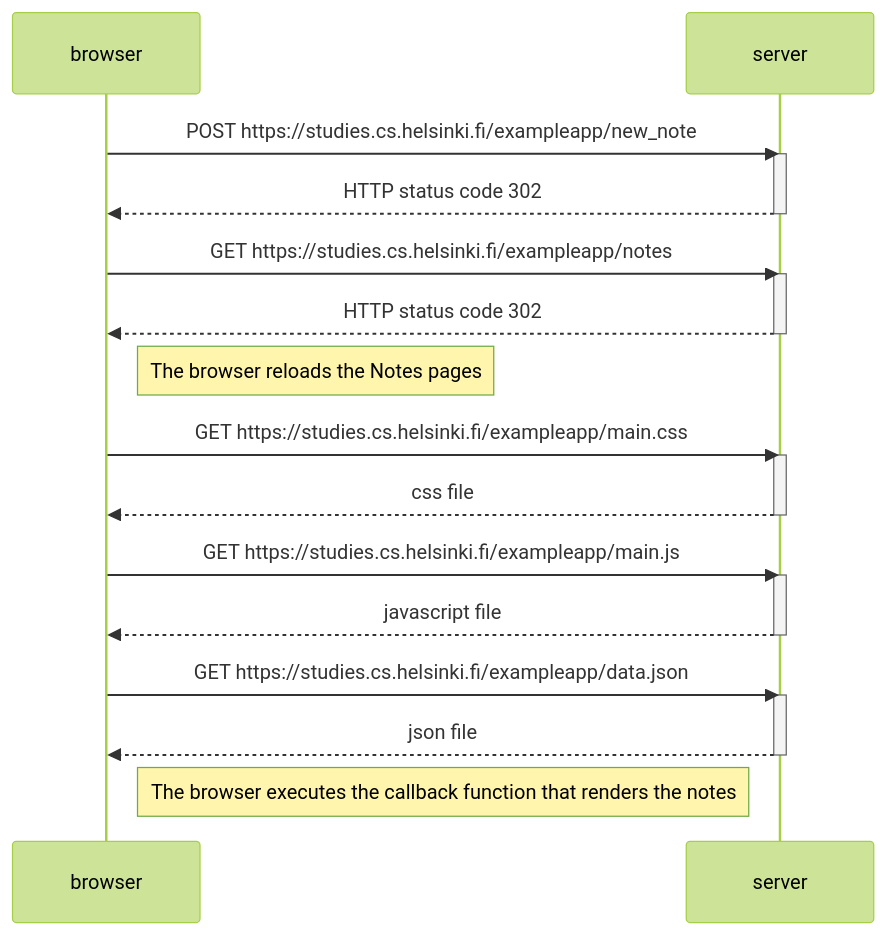
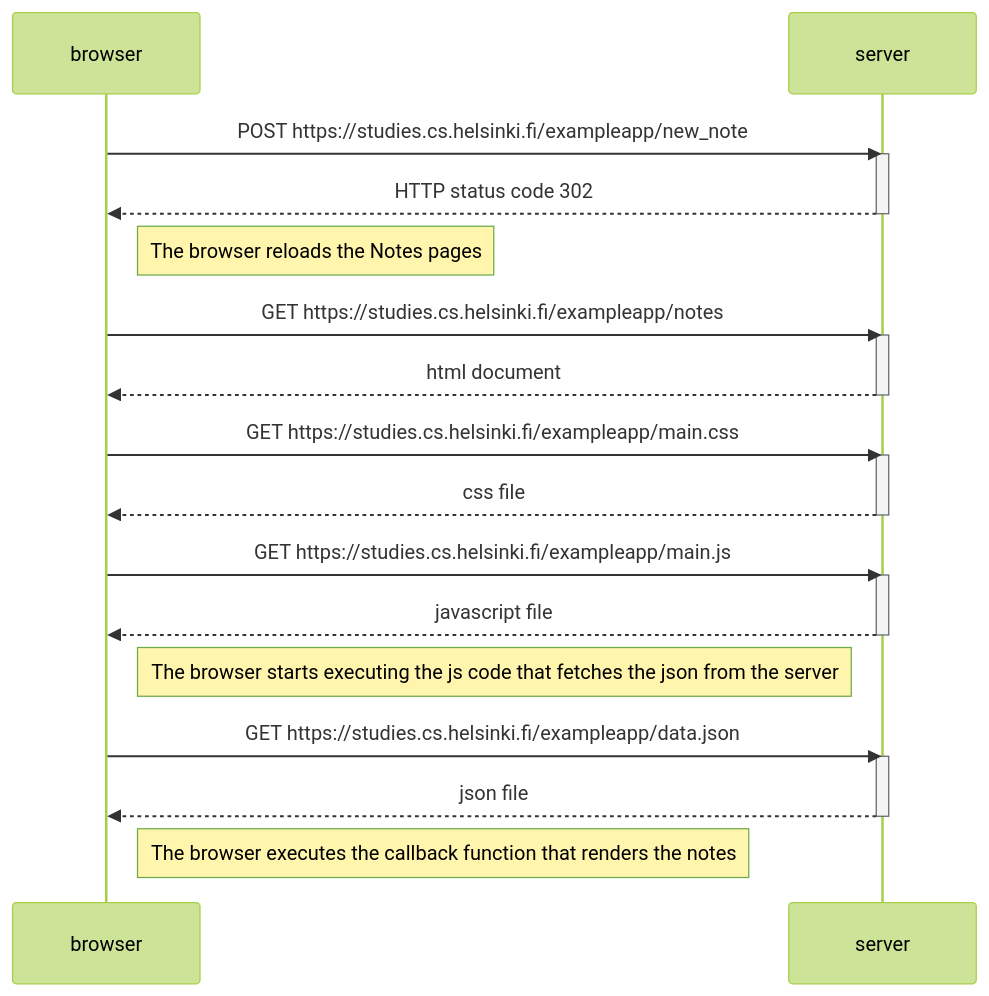
The diagram in part0/0.4.md (tyVespA/full-stack-open-exercises), drawn with Mermaid (forest theme) before and after one commit.

````diff
--- a/part0/0.4.md
+++ b/part0/0.4.md
@@ -1,35 +1,37 @@
 ```mermaid
 
 sequenceDiagram
 participant browser
 participant server
 
     browser->>server: POST https://studies.cs.helsinki.fi/exampleapp/new_note
     activate server
     server-->>browser: HTTP status code 302
     deactivate server
 
+    Note right of browser: The browser reloads the Notes pages
+
     browser->>server: GET https://studies.cs.helsinki.fi/exampleapp/notes
     activate server
-    server-->>browser: HTTP status code 302
+    server-->>browser: html document
     deactivate server
-
-    Note right of browser: The browser reloads the Notes pages
 
     browser->>server: GET https://studies.cs.helsinki.fi/exampleapp/main.css
     activate server
     server-->>browser: css file
     deactivate server
 
     browser->>server: GET https://studies.cs.helsinki.fi/exampleapp/main.js
     activate server
     server-->>browser: javascript file
     deactivate server
 
+    Note right of browser: The browser starts executing the js code that fetches the json from the server
+
     browser->>server: GET https://studies.cs.helsinki.fi/exampleapp/data.json
     activate server
     server-->>browser: json file
     deactivate server
 
     Note right of browser: The browser executes the callback function that renders the notes
 ```
````
